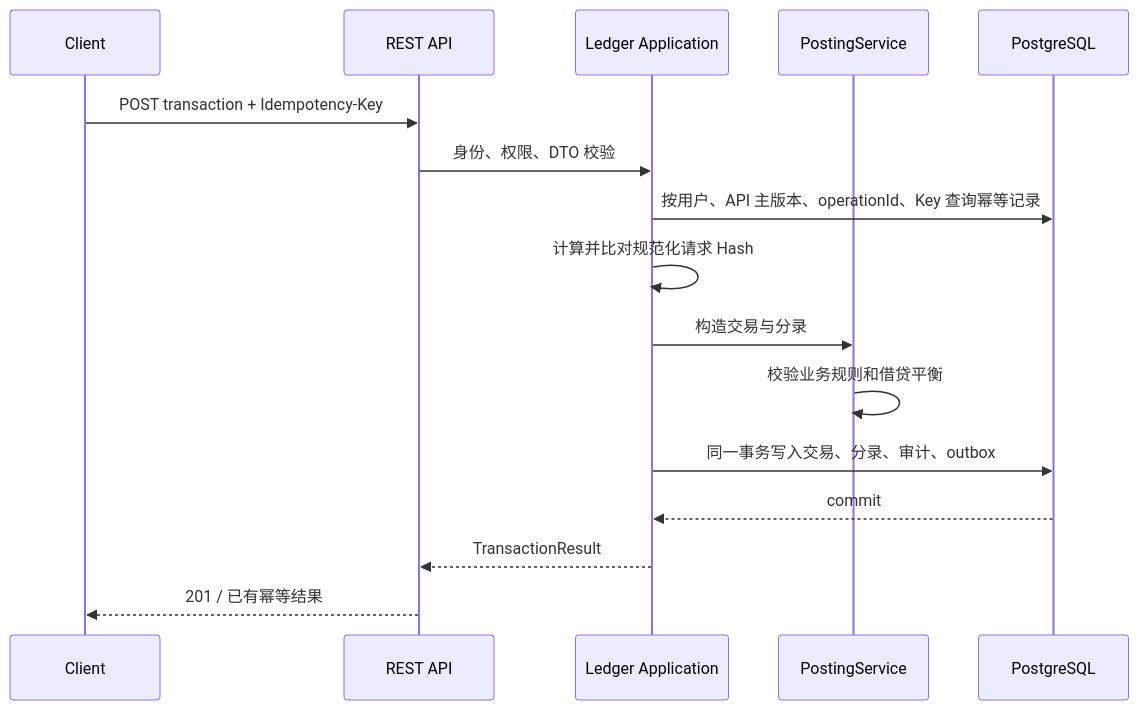
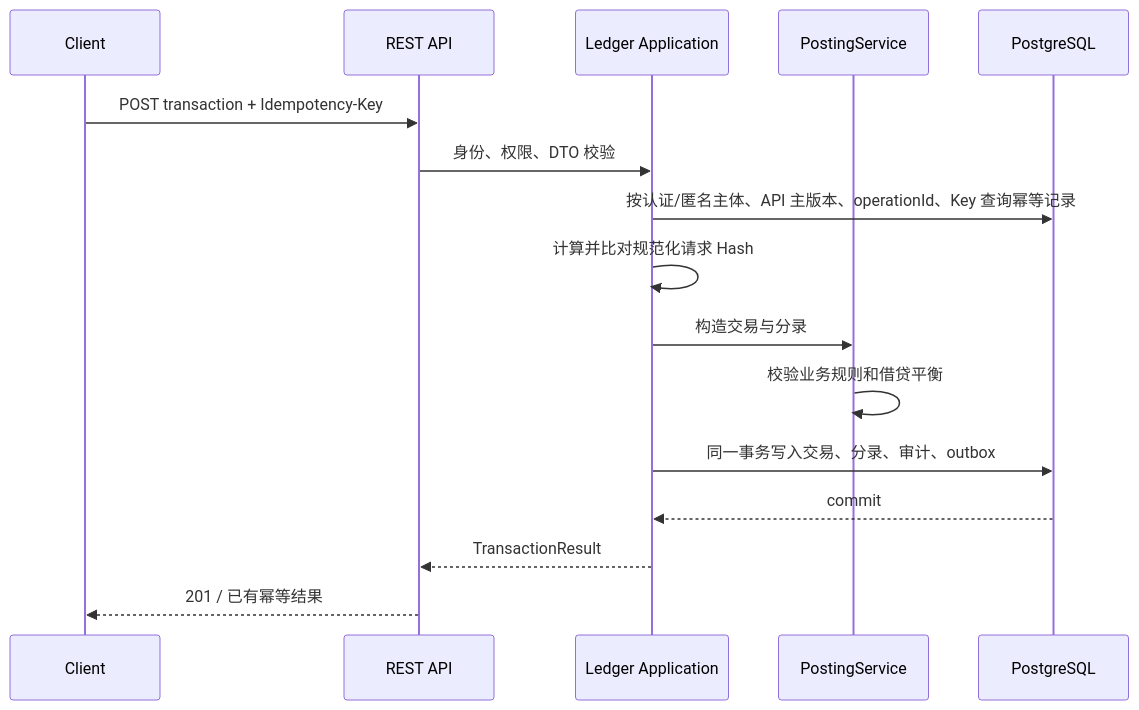
Before and after one commit to MLYR/Ziji: the third of 5 diagrams in doc/系统架构设计.md, drawn with Mermaid. The commit also changed other lines of this file and 10 other files, not shown here.

````diff
--- a/doc/系统架构设计.md
+++ b/doc/系统架构设计.md
@@ -193,18 +193,18 @@
 ```mermaid
 sequenceDiagram
     participant C as Client
     participant API as REST API
     participant APP as Ledger Application
     participant DOM as PostingService
     participant DB as PostgreSQL
     C->>API: POST transaction + Idempotency-Key
     API->>APP: 身份、权限、DTO 校验
-    APP->>DB: 按用户、API 主版本、operationId、Key 查询幂等记录
+    APP->>DB: 按认证/匿名主体、API 主版本、operationId、Key 查询幂等记录
     APP->>APP: 计算并比对规范化请求 Hash
     APP->>DOM: 构造交易与分录
     DOM->>DOM: 校验业务规则和借贷平衡
     APP->>DB: 同一事务写入交易、分录、审计、outbox
     DB-->>APP: commit
     APP-->>API: TransactionResult
     API-->>C: 201 / 已有幂等结果
 ```
````
